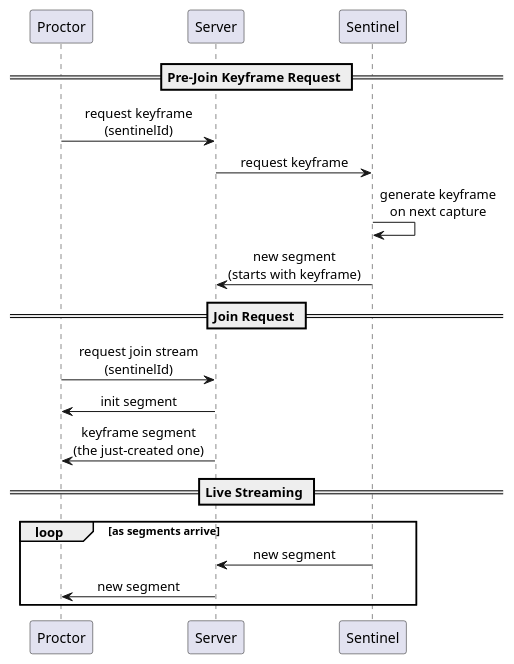
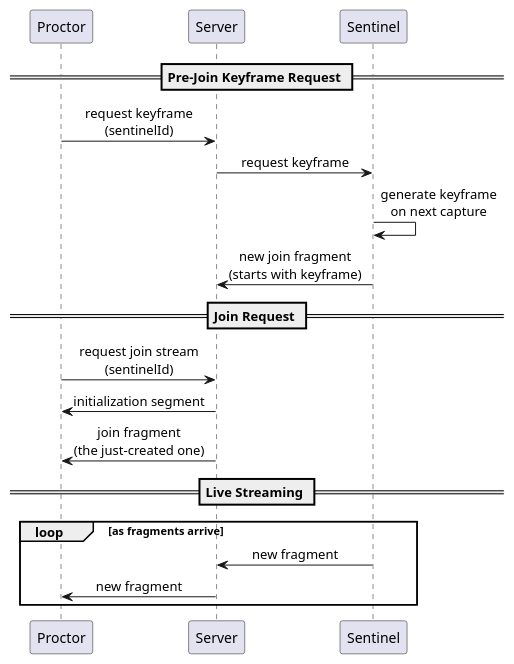
One commit to 2526-4ahitm-itp/2526-4ahitm-franklyn changed the second of 2 diagrams in hugo/content/docs/reference/media-spec/join-flow.md. Above: the diagram before and after it, drawn with PlantUML. The commit also changed other lines of this file and 11 other files, not shown here.

First line of the commit message:
docs(media-spec): clarify fMP4 fragments/join points; align encoding with OpenH264

````diff
--- a/hugo/content/docs/reference/media-spec/join-flow.md
+++ b/hugo/content/docs/reference/media-spec/join-flow.md
@@ -128,33 +130,33 @@
 ```plantuml
 @startuml
 skinparam sequenceMessageAlign center
 
 participant "Proctor" as P
 participant "Server" as Srv
 participant "Sentinel" as S
 
 == Pre-Join Keyframe Request ==
 
 P -> Srv : request keyframe\n(sentinelId)
 Srv -> S : request keyframe
 
 S -> S : generate keyframe\non next capture
 
-S -> Srv : new segment\n(starts with keyframe)
+S -> Srv : new join fragment\n(starts with keyframe)
 
 == Join Request ==
 
 P -> Srv : request join stream\n(sentinelId)
 
-Srv -> P : init segment
-Srv -> P : keyframe segment\n(the just-created one)
+Srv -> P : initialization segment
+Srv -> P : join fragment\n(the just-created one)
 
 == Live Streaming ==
 
-loop as segments arrive
-  S -> Srv : new segment
-  Srv -> P : new segment
+loop as fragments arrive
+  S -> Srv : new fragment
+  Srv -> P : new fragment
 end
 
 @enduml
 ```
````
